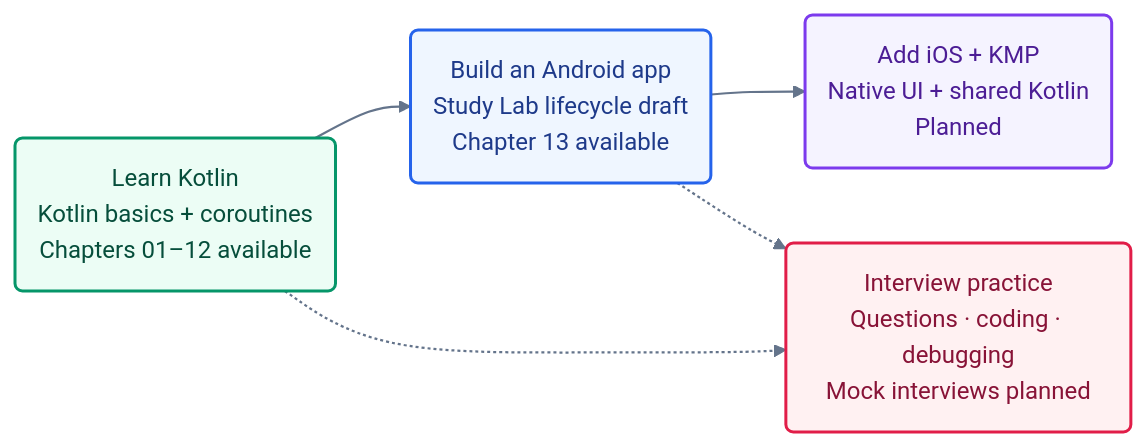
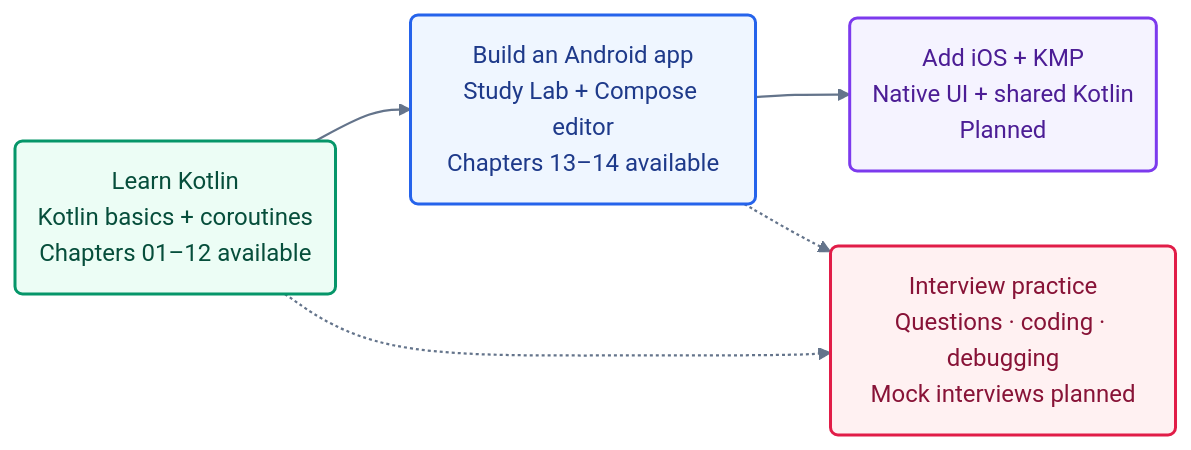
Before and after one commit to roshanevala/Kotlin-101-The-Mobile-Workshop: the diagram in README.md, drawn with Mermaid (forest theme). The commit also changed other lines of this file and 27 other files, not shown here.

Commit message:
feat: add chapter 14 Jetpack Compose

````diff
--- a/README.md
+++ b/README.md
@@ -11,20 +11,20 @@
 ```mermaid
 flowchart LR
     accTitle: From Kotlin basics to a mobile app and interview practice
     accDescr: Start with the available Kotlin lessons. Build an Android app, then add iOS and shared Kotlin logic in planned stages. Practise lesson questions and debugging along the way; dedicated coding challenges and mock interviews are planned.
 
     K("Learn Kotlin<br/>Kotlin basics + coroutines<br/>Chapters 01–12 available"):::basics
-    A("Build an Android app<br/>Study Lab lifecycle draft<br/>Chapter 13 available"):::android
+    A("Build an Android app<br/>Study Lab + Compose editor<br/>Chapters 13–14 available"):::android
     M("Add iOS + KMP<br/>Native UI + shared Kotlin<br/>Planned"):::multiplatform
     I("Interview practice<br/>Questions · coding · debugging<br/>Mock interviews planned"):::interview
 
     K --> A --> M
     K -.-> I
     A -.-> I
 
     classDef basics fill:#ecfdf5,stroke:#059669,color:#064e3b,stroke-width:2px
     classDef android fill:#eff6ff,stroke:#2563eb,color:#1e3a8a,stroke-width:2px
     classDef multiplatform fill:#f5f3ff,stroke:#7c3aed,color:#4c1d95,stroke-width:2px
     classDef interview fill:#fff1f2,stroke:#e11d48,color:#881337,stroke-width:2px
     linkStyle default stroke:#64748b,stroke-width:1.5px
 ```
````
